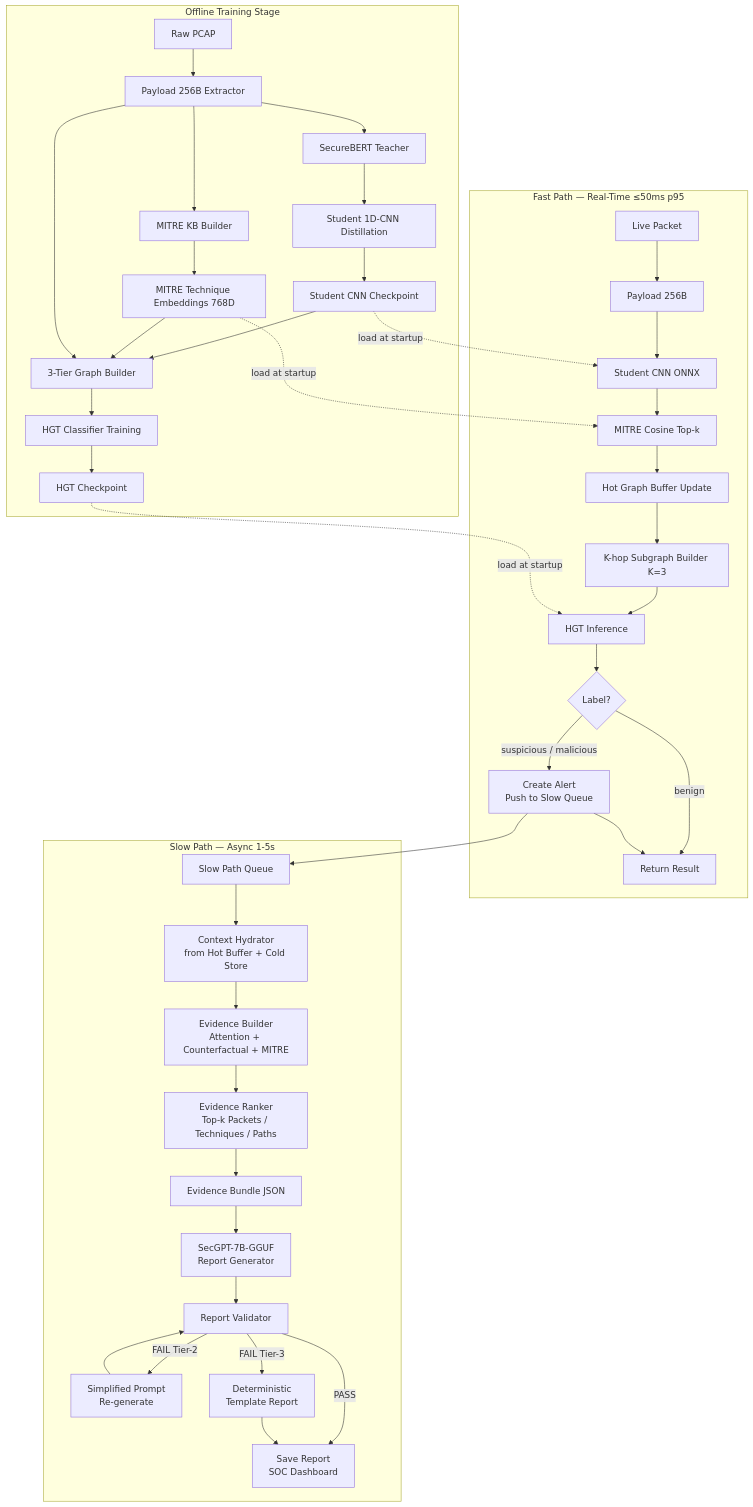
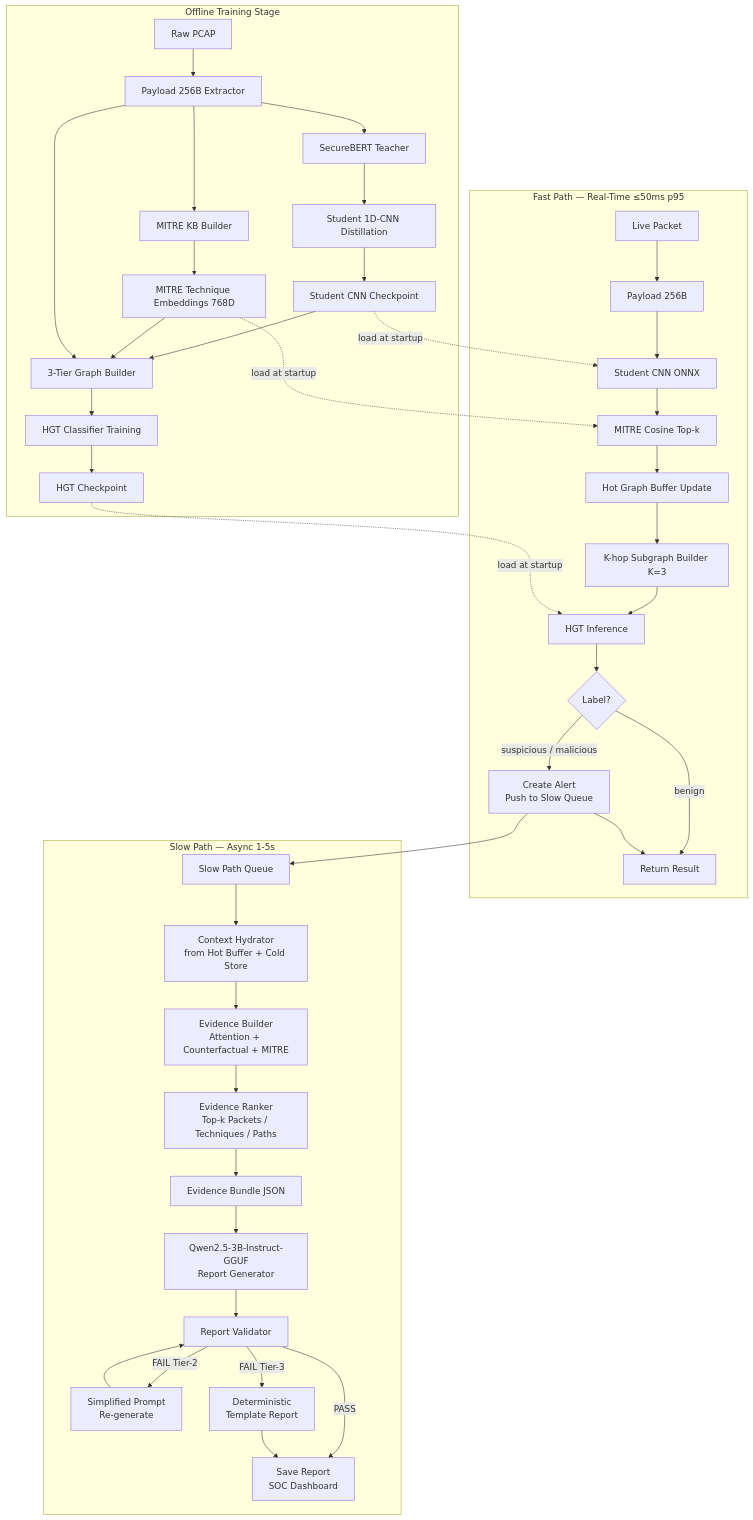
The diagram in docs/slm_slow_path_xai_design_vi.md (LeThanhPhat-ATTT2023/Do-an-chuyen-nganh_NT114), drawn with Mermaid before and after one commit. The commit also changed other lines of this file and 1 other file, not shown here.

````diff
--- a/docs/slm_slow_path_xai_design_vi.md
+++ b/docs/slm_slow_path_xai_design_vi.md
@@ -13,46 +13,46 @@
 ```mermaid
 flowchart TD
     subgraph OFFLINE["Offline Training Stage"]
         A1[Raw PCAP] --> B1[Payload 256B Extractor]
         B1 --> C1[SecureBERT Teacher]
         C1 --> D1[Student 1D-CNN Distillation]
         D1 --> E1[Student CNN Checkpoint]
         B1 --> F1[MITRE KB Builder]
         F1 --> G1[MITRE Technique Embeddings 768D]
         E1 & G1 & B1 --> H1[3-Tier Graph Builder]
         H1 --> I1[HGT Classifier Training]
         I1 --> J1[HGT Checkpoint]
     end
 
     subgraph FAST["Fast Path — Real-Time ≤50ms p95"]
         P1[Live Packet] --> P2[Payload 256B]
         P2 --> P3[Student CNN ONNX]
         P3 --> P4[MITRE Cosine Top-k]
         P4 --> P5[Hot Graph Buffer Update]
         P5 --> P6[K-hop Subgraph Builder K=3]
         P6 --> P7[HGT Inference]
         P7 --> P8{Label?}
         P8 -->|benign| P9[Return Result]
         P8 -->|suspicious / malicious| P10[Create Alert\nPush to Slow Queue]
         P10 --> P9
     end
 
     subgraph SLOW["Slow Path — Async 1-5s"]
         S1[Slow Path Queue] --> S2[Context Hydrator\nfrom Hot Buffer + Cold Store]
         S2 --> S3[Evidence Builder\nAttention + Counterfactual + MITRE]
         S3 --> S4[Evidence Ranker\nTop-k Packets / Techniques / Paths]
         S4 --> S5[Evidence Bundle JSON]
-        S5 --> S6[SecGPT-7B-GGUF\nReport Generator]
+        S5 --> S6[Qwen2.5-3B-Instruct-GGUF\nReport Generator]
         S6 --> S7[Report Validator]
         S7 -->|PASS| S8[Save Report\nSOC Dashboard]
         S7 -->|FAIL Tier-2| S9[Simplified Prompt\nRe-generate]
         S9 --> S7
         S7 -->|FAIL Tier-3| S10[Deterministic\nTemplate Report]
         S10 --> S8
     end
 
     J1 -.->|load at startup| P7
     E1 -.->|load at startup| P3
     G1 -.->|load at startup| P4
     P10 --> S1
 ```
````
